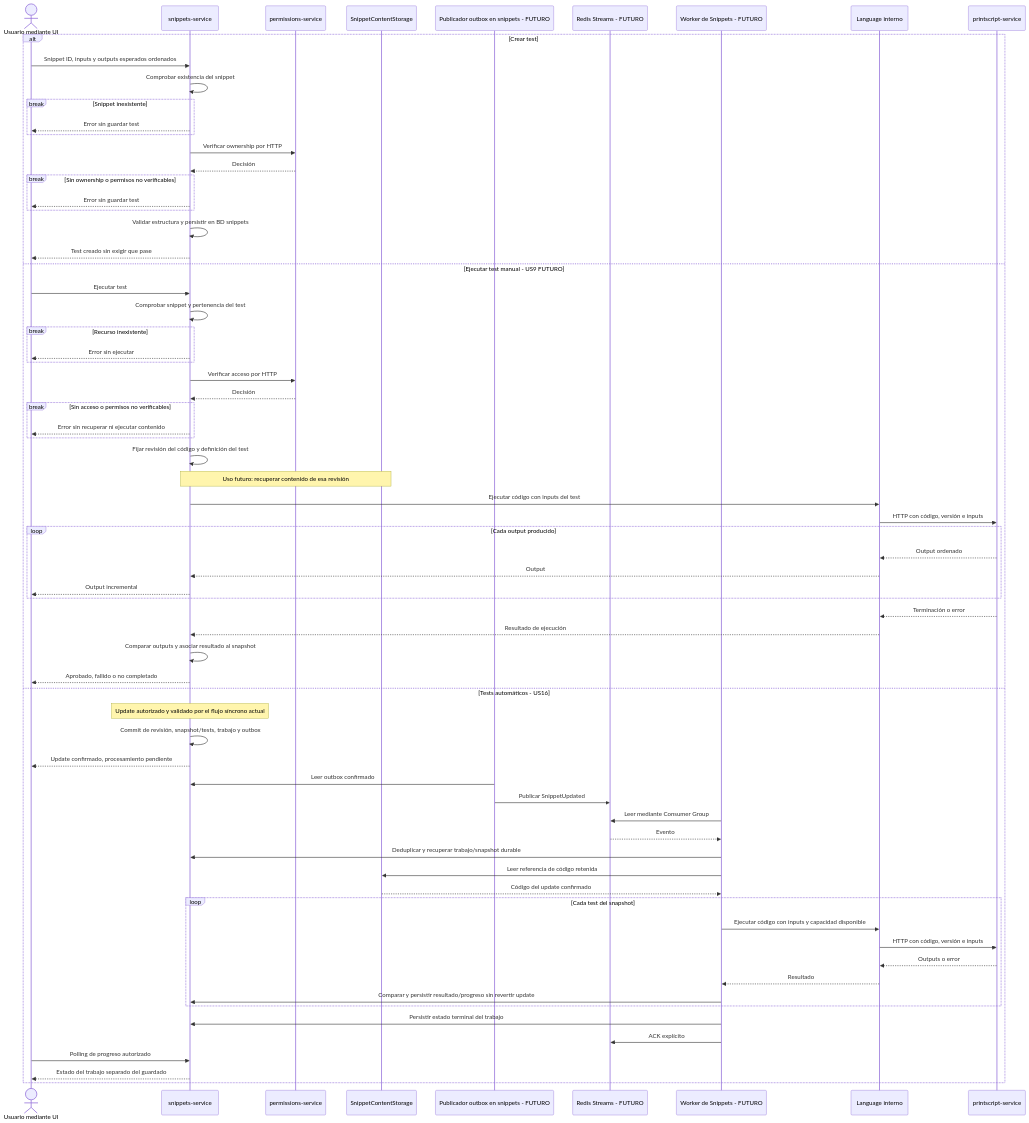
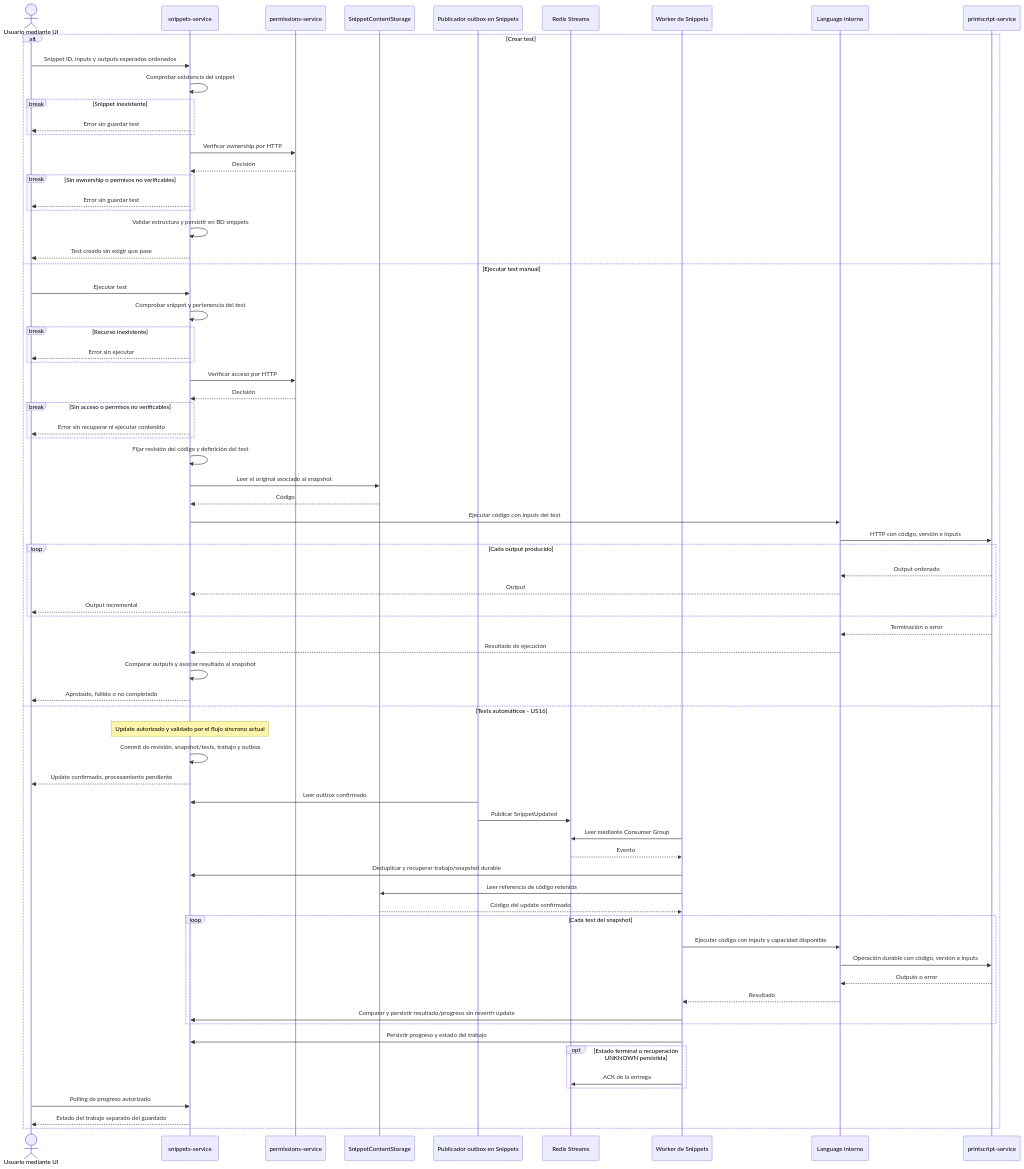
One commit to JJT-INGSIS/snippet-searcher-infra changed the diagram in docs/architecture/flows/tests.md. Above: the diagram before and after it, drawn with Mermaid. The commit also changed other lines of this file and 56 other files, not shown here.

````diff
--- a/docs/architecture/flows/tests.md
+++ b/docs/architecture/flows/tests.md
@@ -11,73 +10,76 @@
 ```mermaid
 sequenceDiagram
     actor UI as Usuario mediante UI
     participant S as snippets-service
     participant P as permissions-service
     participant ST as SnippetContentStorage
-    participant O as Publicador outbox en snippets - FUTURO
-    participant R as Redis Streams - FUTURO
-    participant B as Worker de Snippets - FUTURO
+    participant O as Publicador outbox en Snippets
+    participant R as Redis Streams
+    participant B as Worker de Snippets
     participant L as Language interno
     participant PS as printscript-service
 
     alt Crear test
         UI->>S: Snippet ID, inputs y outputs esperados ordenados
         S->>S: Comprobar existencia del snippet
         break Snippet inexistente
             S-->>UI: Error sin guardar test
         end
         S->>P: Verificar ownership por HTTP
         P-->>S: Decisión
         break Sin ownership o permisos no verificables
             S-->>UI: Error sin guardar test
         end
         S->>S: Validar estructura y persistir en BD snippets
         S-->>UI: Test creado sin exigir que pase
-    else Ejecutar test manual - US9 FUTURO
+    else Ejecutar test manual
         UI->>S: Ejecutar test
         S->>S: Comprobar snippet y pertenencia del test
         break Recurso inexistente
             S-->>UI: Error sin ejecutar
         end
         S->>P: Verificar acceso por HTTP
         P-->>S: Decisión
         break Sin acceso o permisos no verificables
             S-->>UI: Error sin recuperar ni ejecutar contenido
         end
         S->>S: Fijar revisión del código y definición del test
-        Note over S,ST: Uso futuro: recuperar contenido de esa revisión
+        S->>ST: Leer el original asociado al snapshot
+        ST-->>S: Código
         S->>L: Ejecutar código con inputs del test
         L->>PS: HTTP con código, versión e inputs
         loop Cada output producido
             PS-->>L: Output ordenado
             L-->>S: Output
             S-->>UI: Output incremental
         end
         PS-->>L: Terminación o error
         L-->>S: Resultado de ejecución
         S->>S: Comparar outputs y asociar resultado al snapshot
         S-->>UI: Aprobado, fallido o no completado
     else Tests automáticos - US16
         Note over S: Update autorizado y validado por el flujo síncrono actual
         S->>S: Commit de revisión, snapshot/tests, trabajo y outbox
         S-->>UI: Update confirmado, procesamiento pendiente
         O->>S: Leer outbox confirmado
         O->>R: Publicar SnippetUpdated
         B->>R: Leer mediante Consumer Group
         R-->>B: Evento
         B->>S: Deduplicar y recuperar trabajo/snapshot durable
         B->>ST: Leer referencia de código retenida
         ST-->>B: Código del update confirmado
         loop Cada test del snapshot
             B->>L: Ejecutar código con inputs y capacidad disponible
-            L->>PS: HTTP con código, versión e inputs
+            L->>PS: Operación durable con código, versión e inputs
             PS-->>L: Outputs o error
             L-->>B: Resultado
             B->>S: Comparar y persistir resultado/progreso sin revertir update
         end
-        B->>S: Persistir estado terminal del trabajo
-        B->>R: ACK explícito
+        B->>S: Persistir progreso y estado del trabajo
+        opt Estado terminal o recuperación UNKNOWN persistida
+            B->>R: ACK de la entrega
+        end
         UI->>S: Polling de progreso autorizado
         S-->>UI: Estado del trabajo separado del guardado
     end
 ```
````
